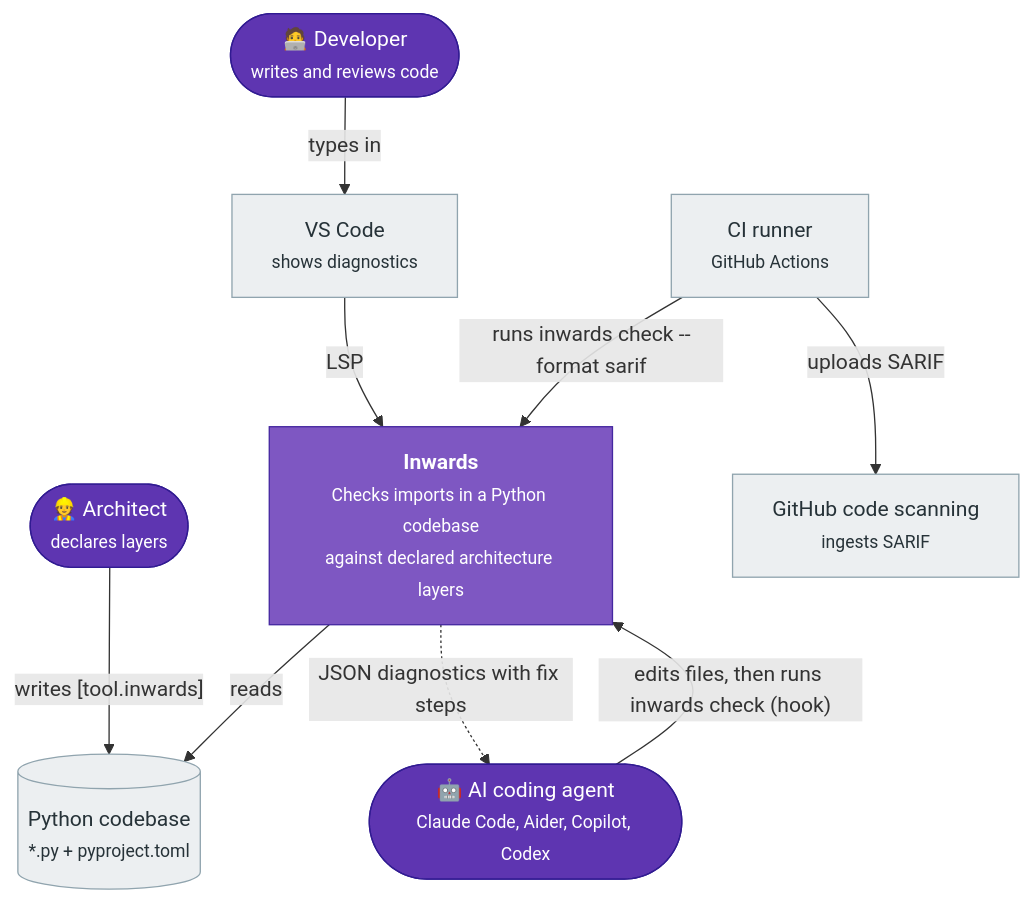
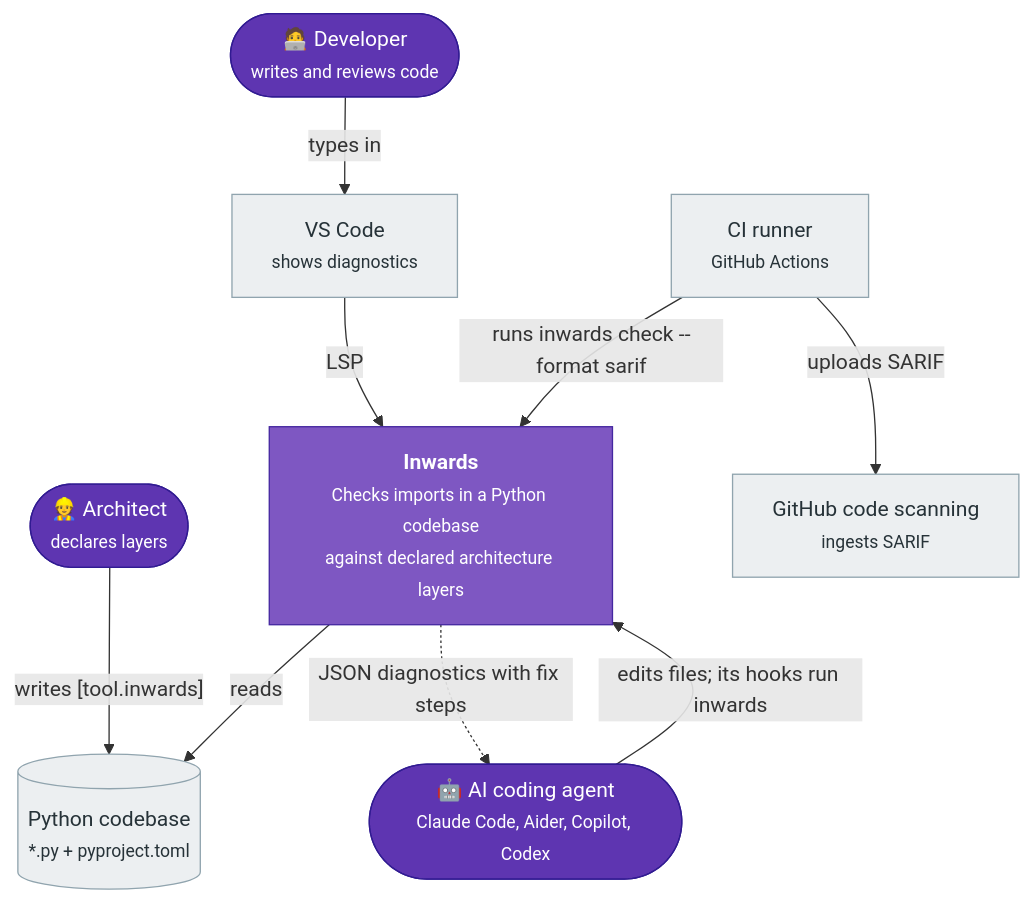
Before and after one commit to SirCypkowskyy/inwards: the first of 6 diagrams in docs/chapters/03-Architecture-C4.md, drawn with Mermaid. The commit also changed other lines of this file and 9 other files, not shown here.

````diff
--- a/docs/chapters/03-Architecture-C4.md
+++ b/docs/chapters/03-Architecture-C4.md
@@ -12,29 +12,29 @@
 ```mermaid
 flowchart TB
     architect(["👷 Architect<br/><small>declares layers</small>"])
     dev(["🧑‍💻 Developer<br/><small>writes and reviews code</small>"])
     agent(["🤖 AI coding agent<br/><small>Claude Code, Aider, Copilot, Codex</small>"])
 
     inwards["<b>Inwards</b><br/><small>Checks imports in a Python codebase<br/>against declared architecture layers</small>"]
 
     repo[("Python codebase<br/><small>*.py + pyproject.toml</small>")]
     editor["VS Code<br/><small>shows diagnostics</small>"]
     ci["CI runner<br/><small>GitHub Actions</small>"]
     scanning["GitHub code scanning<br/><small>ingests SARIF</small>"]
 
     architect -- "writes [tool.inwards]" --> repo
-    agent -- "edits files, then runs inwards check (hook)" --> inwards
+    agent -- "edits files; its hooks run inwards" --> inwards
     dev -- "types in" --> editor
     editor -- "LSP" --> inwards
     ci -- "runs inwards check --format sarif" --> inwards
     inwards -- "reads" --> repo
     ci -- "uploads SARIF" --> scanning
     inwards -. "JSON diagnostics with fix steps" .-> agent
 
     classDef person fill:#5e35b1,color:#fff,stroke:#311b92
     classDef system fill:#7e57c2,color:#fff,stroke:#4527a0
     classDef ext fill:#eceff1,color:#263238,stroke:#90a4ae
     class architect,dev,agent person
     class inwards system
     class repo,editor,ci,scanning ext
 ```
````
